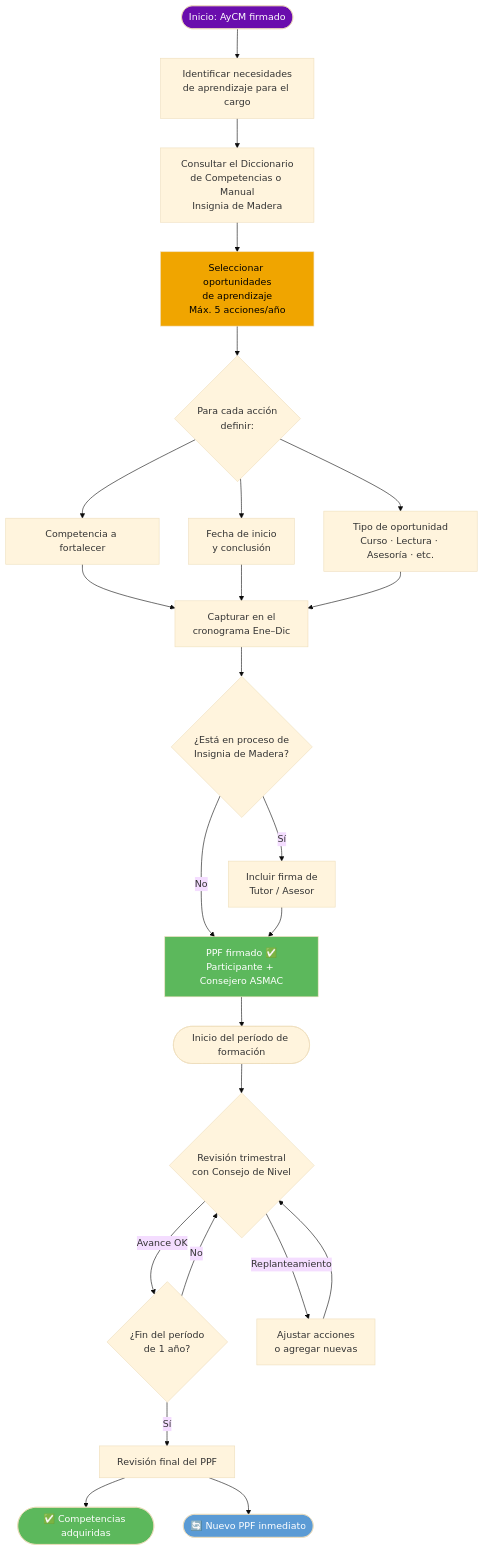
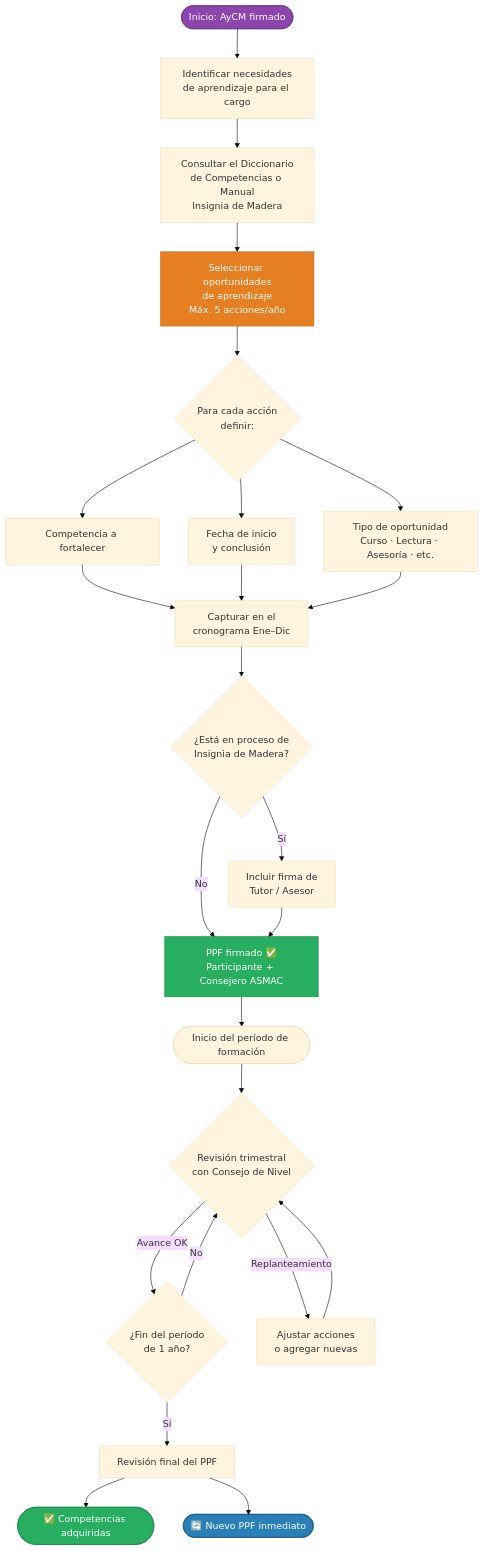
Before and after one commit to conecta-clanes/my-website: the diagram in docs/base-conocimiento/tips-para-todos/ppf-aycm/ppf.md, drawn with Mermaid (base theme). The commit also changed other lines of this file and 51 other files, not shown here.

````diff
--- a/docs/base-conocimiento/tips-para-todos/ppf-aycm/ppf.md
+++ b/docs/base-conocimiento/tips-para-todos/ppf-aycm/ppf.md
@@ -21,32 +21,32 @@
 ```mermaid
 flowchart TD
     A([Inicio: AyCM firmado]) --> B[Identificar necesidades\nde aprendizaje para el cargo]
     B --> C[Consultar el Diccionario\nde Competencias o Manual\nInsignia de Madera]
     C --> D[Seleccionar oportunidades\nde aprendizaje\nMáx. 5 acciones/año]
     D --> E{Para cada acción\ndefinir:}
     E --> F[Competencia a fortalecer]
     E --> G[Fecha de inicio\ny conclusión]
     E --> H[Tipo de oportunidad\nCurso · Lectura · Asesoría · etc.]
     F --> I
     G --> I
     H --> I[Capturar en el\ncronograma Ene–Dic]
     I --> J{¿Está en proceso de\nInsignia de Madera?}
     J -->|Sí| K[Incluir firma de\nTutor / Asesor]
     J -->|No| L
     K --> L[PPF firmado ✅\nParticipante + Consejero ASMAC]
     L --> M([Inicio del período de formación])
     M --> N{Revisión trimestral\ncon Consejo de Nivel}
     N -->|Avance OK| O{¿Fin del período\nde 1 año?}
     N -->|Replanteamiento| P[Ajustar acciones\no agregar nuevas]
     P --> N
     O -->|No| N
     O -->|Sí| Q[Revisión final del PPF]
     Q --> R([✅ Competencias adquiridas])
     Q --> S([🔄 Nuevo PPF inmediato])
 
-    style A fill:#6a0dad,color:#fff
-    style L fill:#5cb85c,color:#fff
-    style R fill:#5cb85c,color:#fff
-    style S fill:#5b9bd5,color:#fff
-    style D fill:#f0a500,color:#000
+    style A fill:#8e44ad,stroke:#6c3483,color:#fff
+    style L fill:#27ae60,stroke:#1e8449,color:#fff
+    style R fill:#27ae60,stroke:#1e8449,color:#fff
+    style S fill:#2980b9,stroke:#1a5276,color:#fff
+    style D fill:#e67e22,stroke:#ca6f1e,color:#fff
 ```
````
